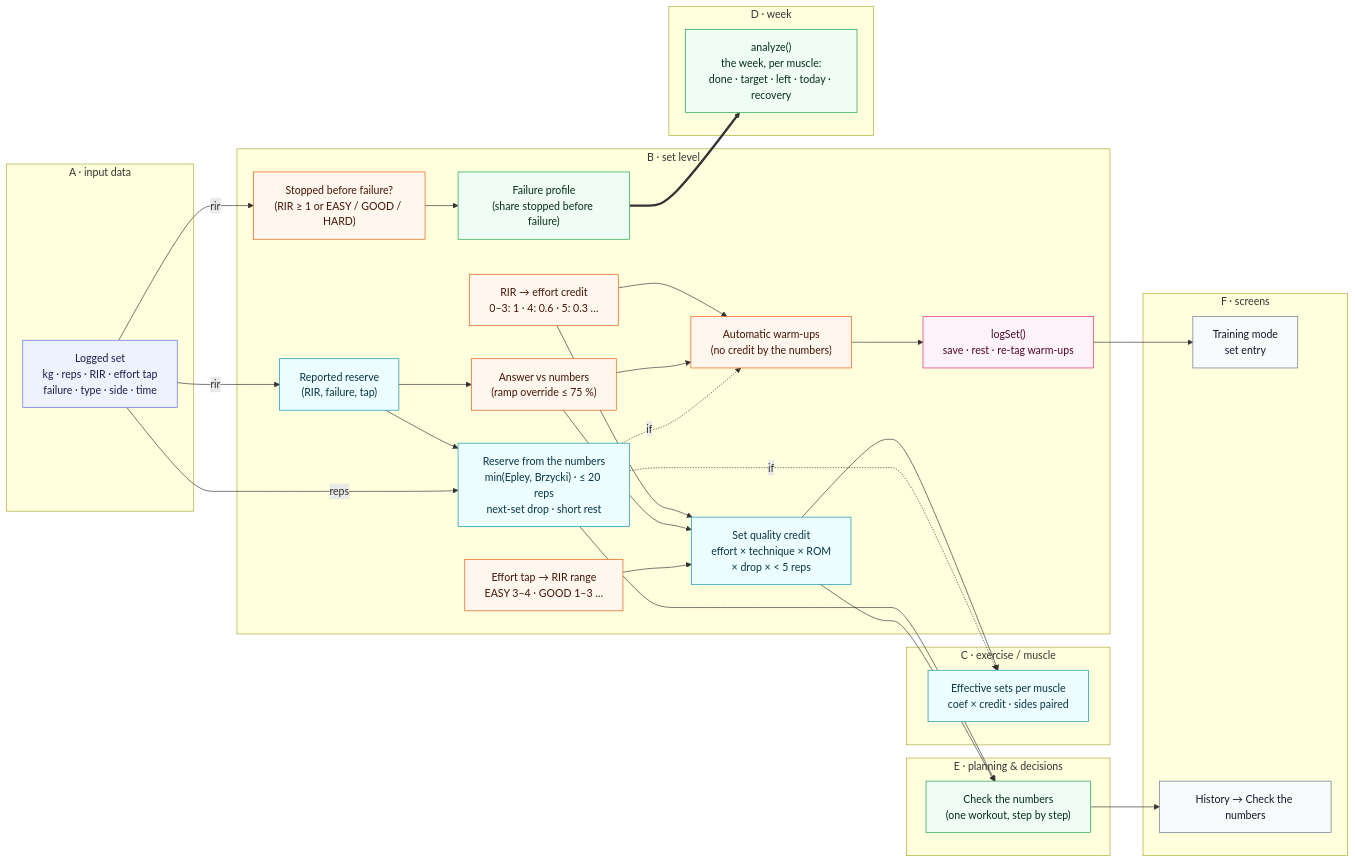
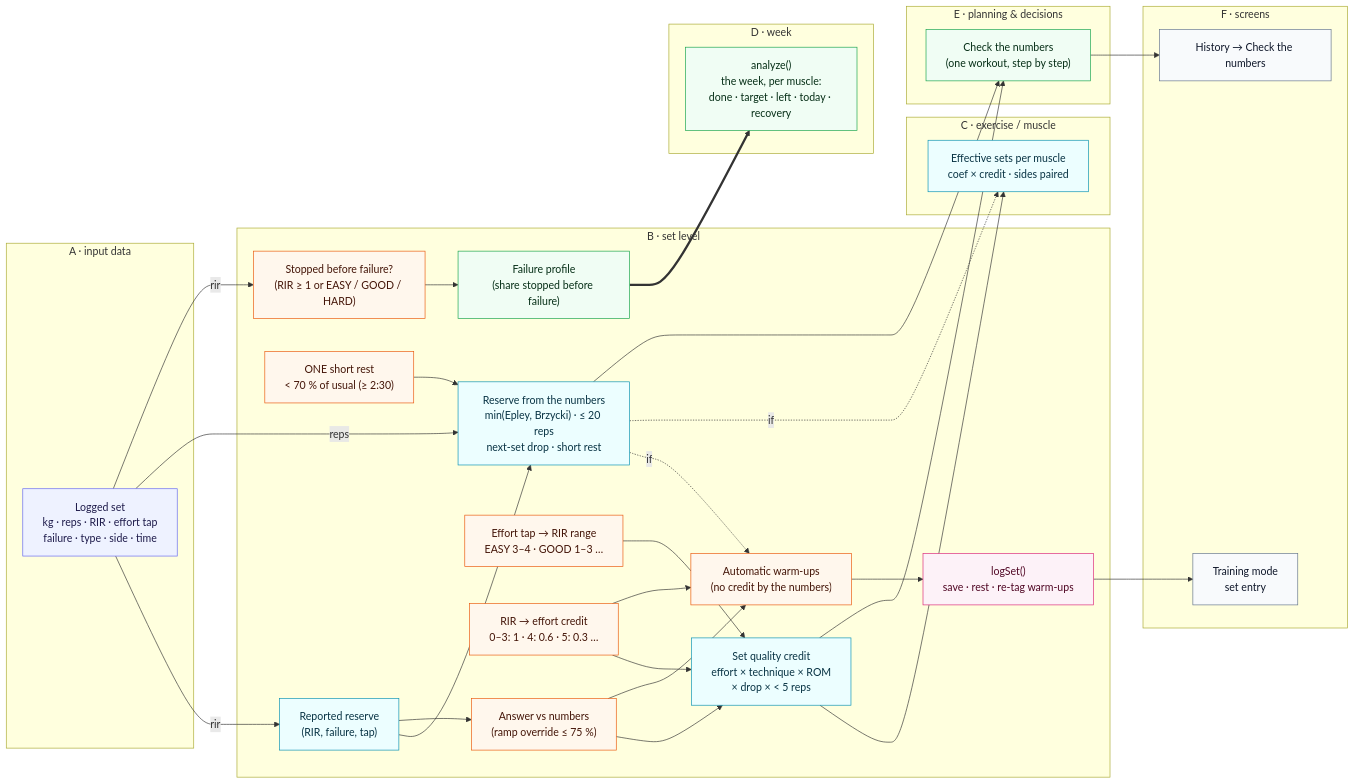
One commit to seniashinmaksim/gym-rat changed the second of 8 diagrams in docs/FORMULA_DEPENDENCY_MAP.md. Above: the diagram before and after it, drawn with Mermaid. The commit also changed other lines of this file and 34 other files, not shown here.

````diff
--- a/docs/FORMULA_DEPENDENCY_MAP.md
+++ b/docs/FORMULA_DEPENDENCY_MAP.md
@@ -179,57 +179,59 @@
 ```mermaid
 flowchart LR
   subgraph A["A · input data"]
     in_set["Logged set<br/>kg · reps · RIR · effort tap<br/>failure · type · side · time"]:::input
   end
   subgraph B["B · set level"]
     reported["Reported reserve<br/>(RIR, failure, tap)"]:::formula
     objective["Reserve from the numbers<br/>min(Epley, Brzycki) · ≤ 20 reps<br/>next-set drop · short rest"]:::formula
     cross["Answer vs numbers<br/>(ramp override ≤ 75 %)"]:::rule
+    shortrest["ONE short rest<br/>< 70 % of usual (≥ 2:30)"]:::rule
     rir_range["Effort tap → RIR range<br/>EASY 3–4 · GOOD 1–3 …"]:::rule
     assess["Set quality credit<br/>effort × technique × ROM<br/>× drop × < 5 reps"]:::formula
     credit_rir["RIR → effort credit<br/>0–3: 1 · 4: 0.6 · 5: 0.3 …"]:::rule
     warmups["Automatic warm-ups<br/>(no credit by the numbers)"]:::rule
     logset["logSet()<br/>save · rest · re-tag warm-ups"]:::decision
     stopped["Stopped before failure?<br/>(RIR ≥ 1 or EASY / GOOD / HARD)"]:::rule
     failure["Failure profile<br/>(share stopped before failure)"]:::aggregation
   end
   subgraph C["C · exercise / muscle"]
     volume["Effective sets per muscle<br/>coef × credit · sides paired"]:::formula
   end
   subgraph D["D · week"]
     analyze["analyze()<br/>the week, per muscle:<br/>done · target · left · today · recovery"]:::aggregation
   end
   subgraph E["E · planning & decisions"]
     wcheck["Check the numbers<br/>(one workout, step by step)"]:::aggregation
   end
   subgraph F["F · screens"]
     ui_sets["Training mode<br/>set entry"]:::ui
     ui_check["History → Check the numbers"]:::ui
   end
   in_set -->|rir| reported
   in_set -->|reps| objective
   reported --> objective
   reported --> cross
+  shortrest --> objective
   rir_range --> assess
   cross --> assess
   credit_rir --> assess
   objective -.->|if| warmups
   cross --> warmups
   credit_rir --> warmups
   warmups --> logset
   objective -.->|if| volume
   assess --> volume
   assess --> wcheck
   objective --> wcheck
   logset --> ui_sets
   wcheck --> ui_check
   in_set -->|rir| stopped
   stopped --> failure
   failure ==> analyze
   classDef input fill:#eef2ff,stroke:#6366f1,color:#1e1b4b
   classDef formula fill:#ecfeff,stroke:#0891b2,color:#083344
   classDef rule fill:#fff7ed,stroke:#ea580c,color:#431407
   classDef aggregation fill:#f0fdf4,stroke:#16a34a,color:#052e16
   classDef decision fill:#fdf2f8,stroke:#db2777,color:#500724
   classDef ui fill:#f8fafc,stroke:#64748b,color:#0f172a
 ```
````
